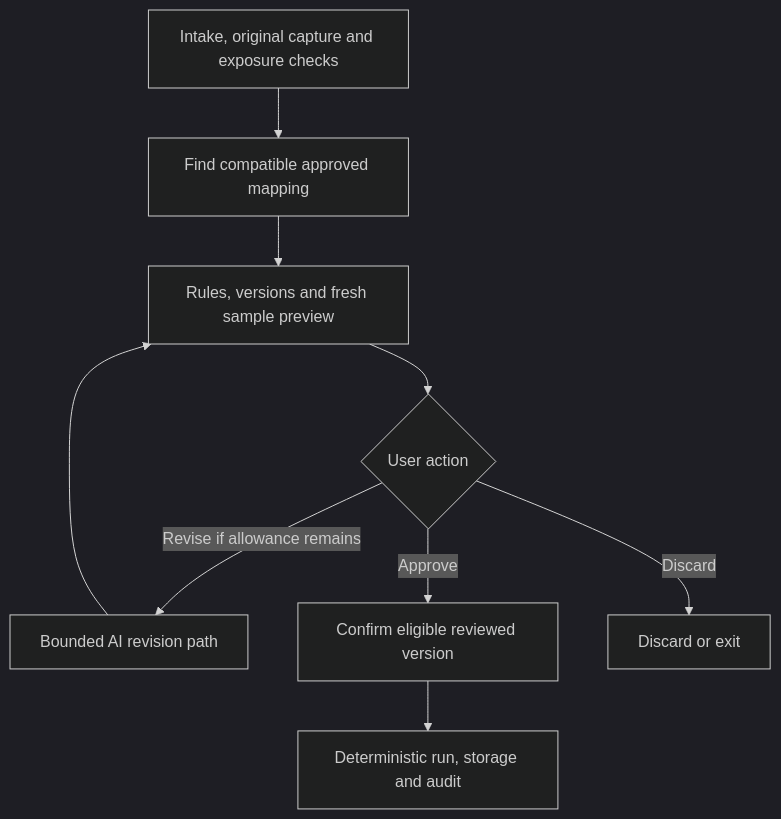
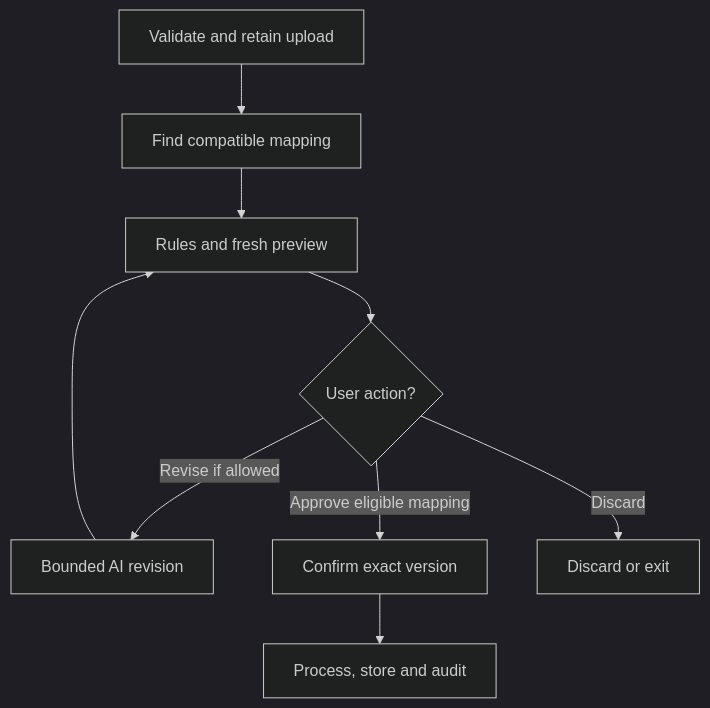
The second of 3 diagrams in docs/architecture-workflows.md (erickbradley/ai-assisted-b2b-integration-onboarding), drawn with Mermaid (dark theme) before and after one commit. The commit also changed other lines of this file and 9 other files, not shown here.

First line of the commit message:
Improve diagram readability and add zoomable SVG copies

````diff
--- a/docs/architecture-workflows.md
+++ b/docs/architecture-workflows.md
@@ -64,16 +68,16 @@
 ```mermaid
 flowchart TB
-    I["Intake, original capture and exposure checks"]
-    M["Find compatible approved mapping"]
-    V["Rules, versions and fresh sample preview"]
-    D{"User action"}
-    A["Bounded AI revision path"]
-    C["Confirm eligible reviewed version"]
+    I["Validate and retain upload"]
+    M["Find compatible mapping"]
+    V["Rules and fresh preview"]
+    D{"User action?"}
+    A["Bounded AI revision"]
+    C["Confirm exact version"]
     X["Discard or exit"]
-    T["Deterministic run, storage and audit"]
+    T["Process, store and audit"]
 
     I --> M --> V --> D
-    D -->|"Revise if allowance remains"| A --> V
-    D -->|"Approve"| C --> T
+    D -->|"Revise if allowed"| A --> V
+    D -->|"Approve eligible mapping"| C --> T
     D -->|"Discard"| X
 ```
````
